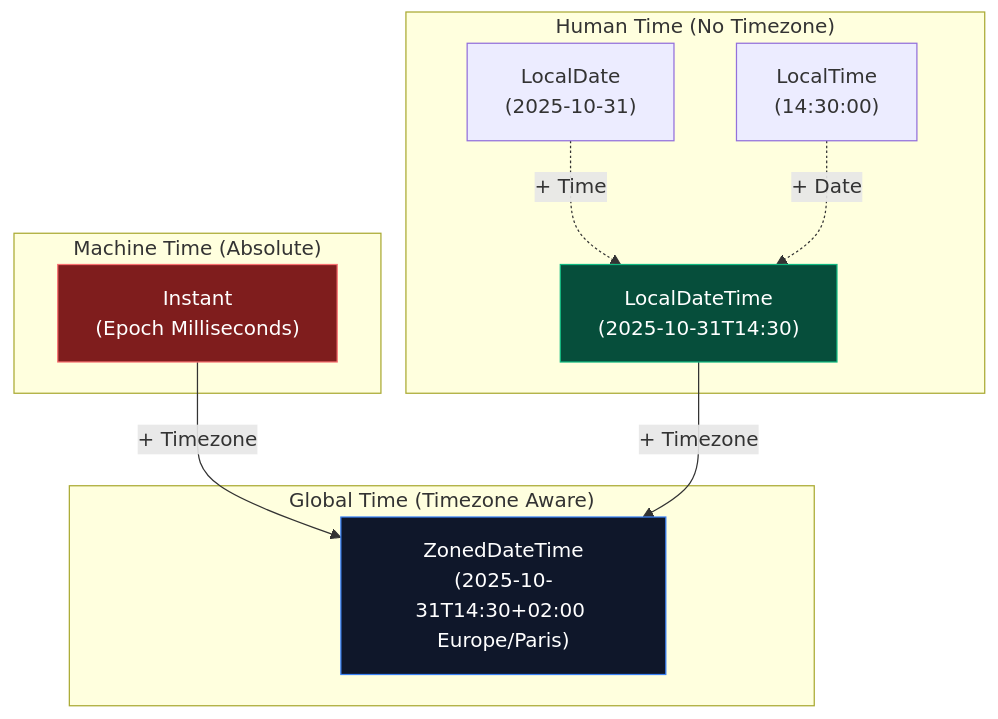
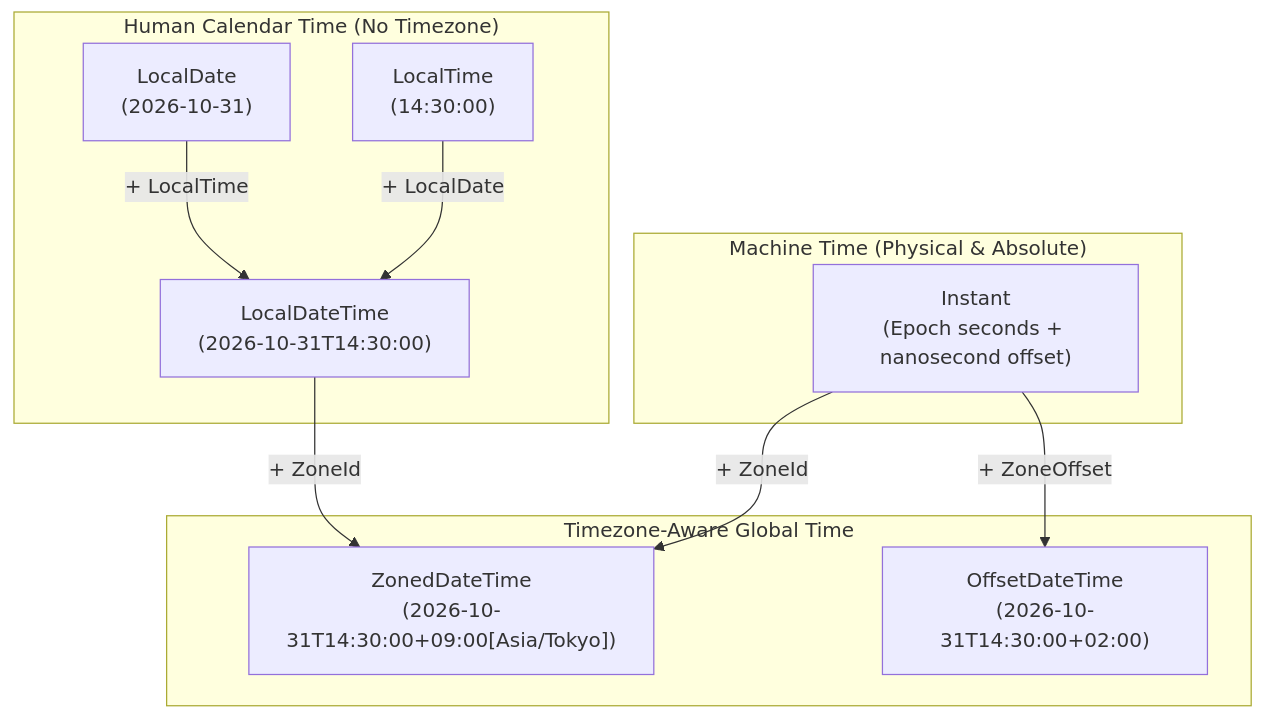
Before and after one commit to ravishankar2463/java_hub: the first of 2 diagrams in content/roadmap/level-2/modern-core-apis.md, drawn with Mermaid. The commit also changed other lines of this file, not shown here.

Commit message:
docs(level-2): rewrite modern core apis with human-first voice and zero-copy concepts

````diff
--- a/content/roadmap/level-2/modern-core-apis.md
+++ b/content/roadmap/level-2/modern-core-apis.md
@@ -28,25 +75,23 @@
 ```mermaid
 flowchart TD
-    subgraph "Machine Time (Absolute)"
-        I["Instant\n(Epoch Milliseconds)"]
+    subgraph MachineTime ["Machine Time (Physical & Absolute)"]
+        InstantNode["Instant<br/>(Epoch seconds + nanosecond offset)"]
     end
 
-    subgraph "Human Time (No Timezone)"
-        LD["LocalDate\n(2025-10-31)"]
-        LT["LocalTime\n(14:30:00)"]
-        LDT["LocalDateTime\n(2025-10-31T14:30)"]
-    end
-    
-    subgraph "Global Time (Timezone Aware)"
-        ZDT["ZonedDateTime\n(2025-10-31T14:30+02:00 Europe/Paris)"]
+    subgraph HumanTime ["Human Calendar Time (No Timezone)"]
+        LocalDateNode["LocalDate<br/>(2026-10-31)"]
+        LocalTimeNode["LocalTime<br/>(14:30:00)"]
+        LocalDateTimeNode["LocalDateTime<br/>(2026-10-31T14:30:00)"]
     end
 
-    I -->|"+ Timezone"| ZDT
-    LDT -->|"+ Timezone"| ZDT
-    LD -.->|"+ Time"| LDT
-    LT -.->|"+ Date"| LDT
-    
-    style I fill:#7f1d1d,stroke:#f87171,color:#fff
-    style LDT fill:#064e3b,stroke:#10b981,color:#fff
-    style ZDT fill:#0f172a,stroke:#3b82f6,color:#fff
+    subgraph GlobalTime ["Timezone-Aware Global Time"]
+        ZonedDateTimeNode["ZonedDateTime<br/>(2026-10-31T14:30:00+09:00[Asia/Tokyo])"]
+        OffsetDateTimeNode["OffsetDateTime<br/>(2026-10-31T14:30:00+02:00)"]
+    end
+
+    LocalDateNode -->|"+ LocalTime"| LocalDateTimeNode
+    LocalTimeNode -->|"+ LocalDate"| LocalDateTimeNode
+    LocalDateTimeNode -->|"+ ZoneId"| ZonedDateTimeNode
+    InstantNode -->|"+ ZoneId"| ZonedDateTimeNode
+    InstantNode -->|"+ ZoneOffset"| OffsetDateTimeNode
 ```
````
